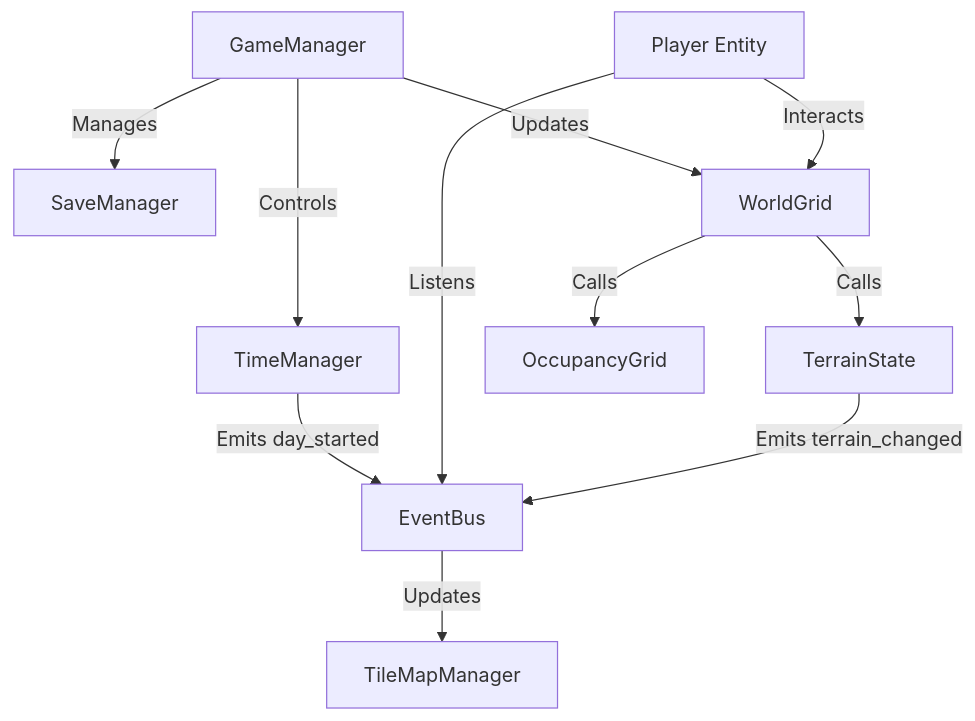
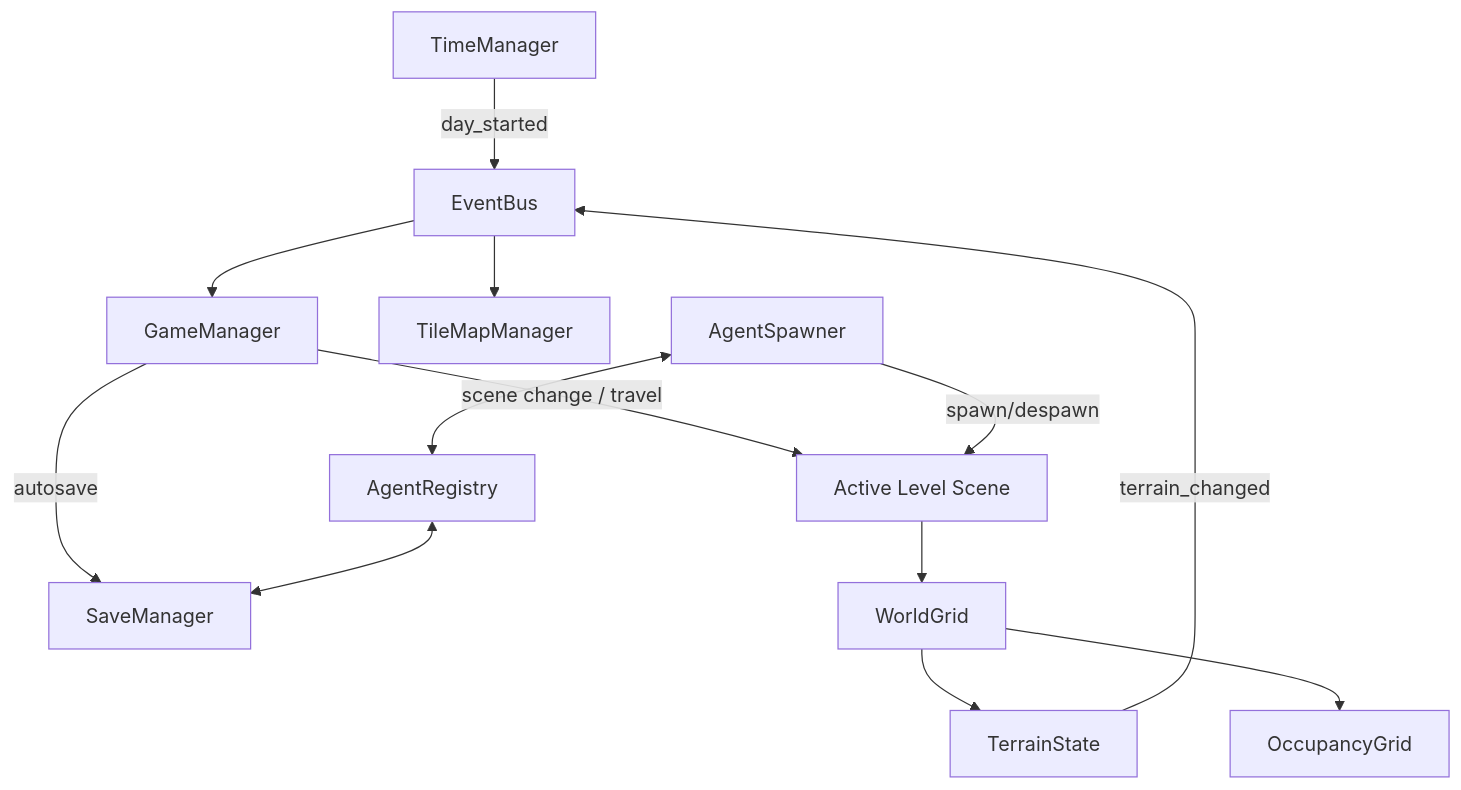
The first of 2 diagrams in docs/architecture.md (felipe-vrgs/farming), drawn with Mermaid before and after one commit. The commit also changed other lines of this file and 7 other files, not shown here.

````diff
--- a/docs/architecture.md
+++ b/docs/architecture.md
@@ -21,16 +52,18 @@
 ```mermaid
 graph TD
-    GM[GameManager] -->|Controls| TM[TimeManager]
-    GM -->|Manages| SM[SaveManager]
-    GM -->|Updates| WG[WorldGrid]
-    
-    TM -->|Emits day_started| EB[EventBus]
-    
-    Player[Player Entity] -->|Listens| EB
-    Player -->|Interacts| WG
-    
-    WG -->|Calls| TS[TerrainState]
-    WG -->|Calls| OG[OccupancyGrid]
-    TS -->|Emits terrain_changed| EB
-    EB -->|Updates| TMM[TileMapManager]
+  TM[TimeManager] -->|day_started| EB[EventBus]
+  EB --> GM[GameManager]
+
+  GM -->|scene change / travel| Scene[Active Level Scene]
+  GM -->|autosave| SM[SaveManager]
+
+  Scene --> WG[WorldGrid]
+  WG --> TS[TerrainState]
+  WG --> OG[OccupancyGrid]
+  TS -->|terrain_changed| EB
+  EB --> TMM[TileMapManager]
+
+  AR[AgentRegistry] <--> SM
+  AS[AgentSpawner] -->|spawn/despawn| Scene
+  AS <--> AR
 ```
````
